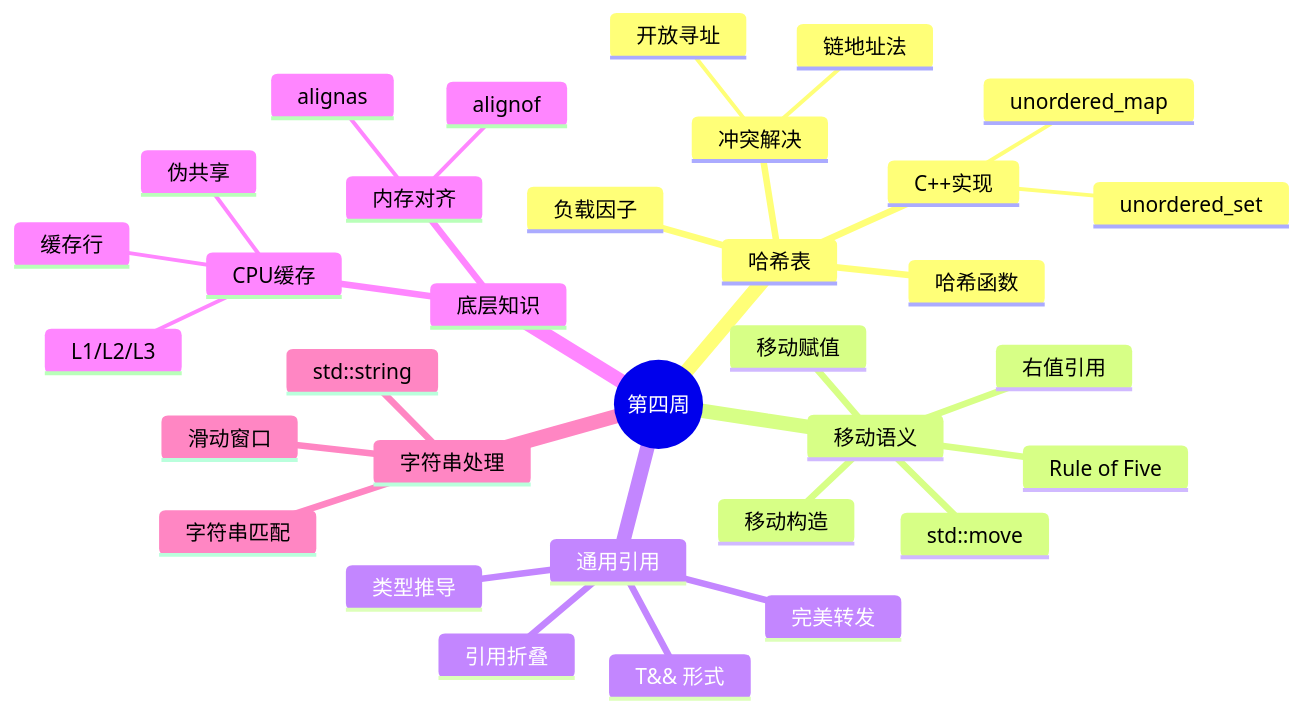
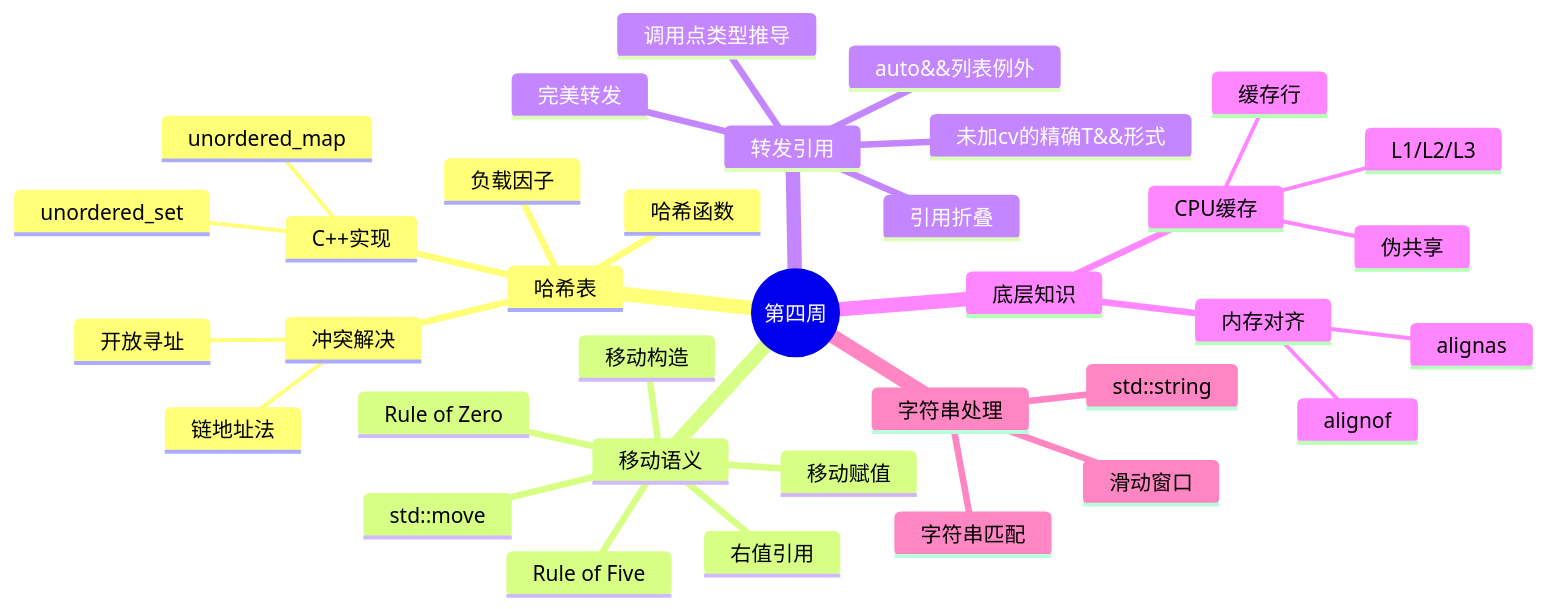
One commit to mlbo/cpp_learning changed the diagram in week_04/README.md. Above: the diagram before and after it, drawn with Mermaid. The commit also changed other lines of this file and 675 other files, not shown here.

````diff
--- a/week_04/README.md
+++ b/week_04/README.md
@@ -23,36 +42,38 @@
 ```mermaid
 mindmap
   root((第四周))
     哈希表
       哈希函数
       冲突解决
         链地址法
         开放寻址
       负载因子
       C++实现
         unordered_map
         unordered_set
     移动语义
       右值引用
       std::move
       移动构造
       移动赋值
+      Rule of Zero
       Rule of Five
-    通用引用
-      T&& 形式
-      类型推导
+    转发引用
+      未加cv的精确T&&形式
+      调用点类型推导
+      auto&&列表例外
       引用折叠
       完美转发
     底层知识
       CPU缓存
         L1/L2/L3
         缓存行
         伪共享
       内存对齐
         alignas
         alignof
     字符串处理
       std::string
       滑动窗口
       字符串匹配
 ```
````
